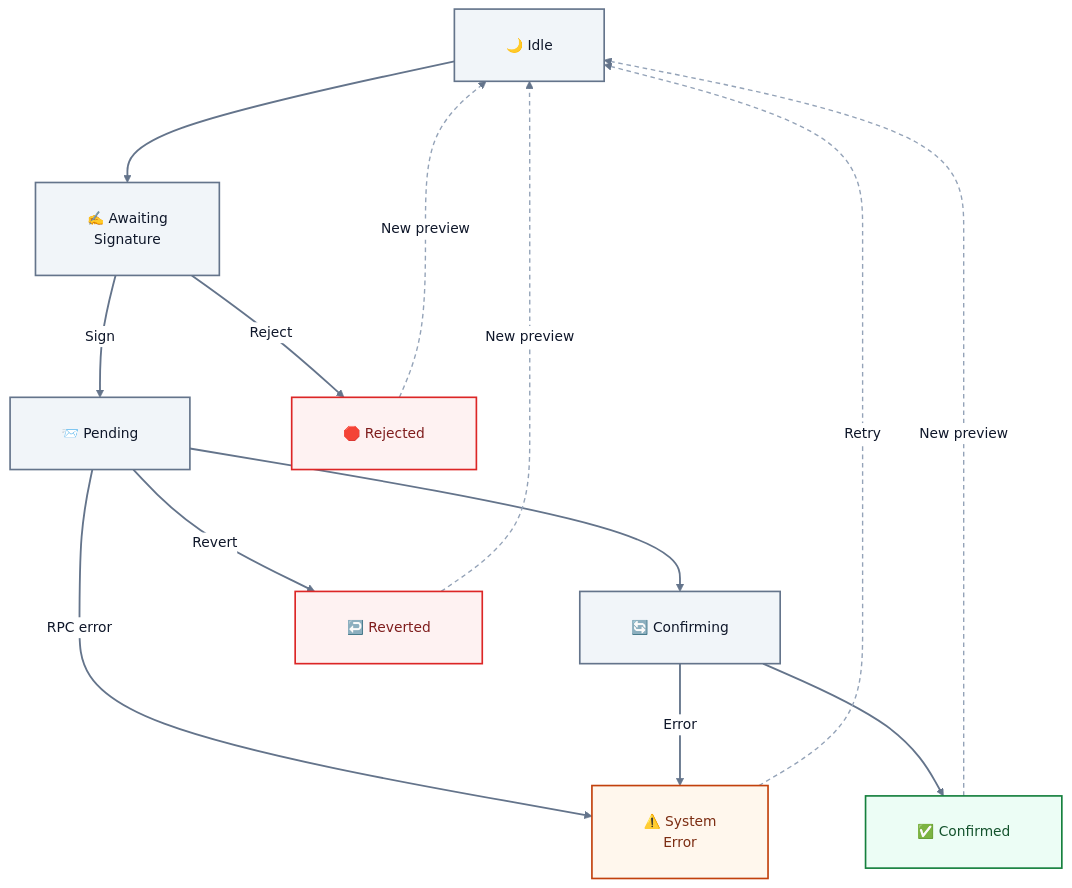
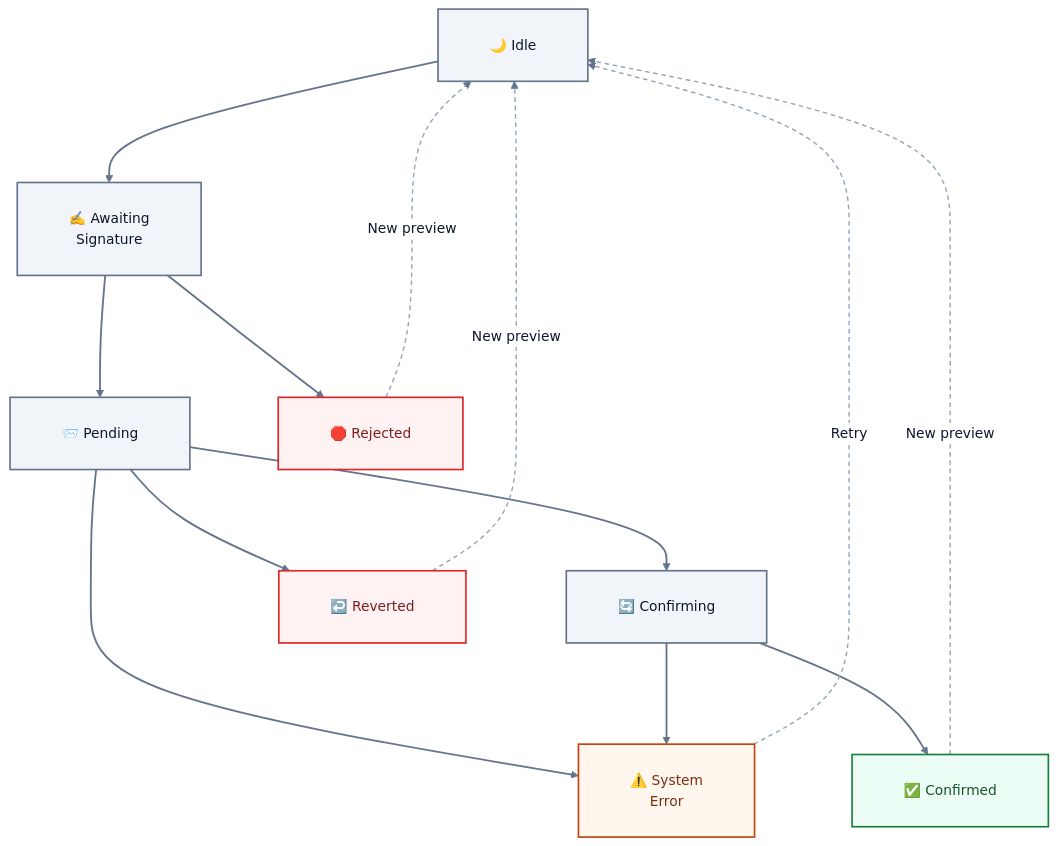
The third of 8 diagrams in README.md (sunshineluyao/Moss-Mcp-Transaction), drawn with Mermaid before and after one commit. The commit also changed other lines of this file and 1 other file, not shown here.

Commit message:
docs: enforce Mermaid anti-clipping rules and finalize label fixes

````diff
--- a/README.md
+++ b/README.md
@@ -337,30 +337,30 @@
 ```mermaid
 %%{init: {'theme':'base','flowchart': {'htmlLabels': true, 'nodeSpacing': 96, 'rankSpacing': 110, 'curve': 'basis', 'padding': 28, 'diagramPadding': 24, 'wrappingWidth': 260},'themeVariables': {'fontFamily':'Inter, Segoe UI, sans-serif','fontSize':'15px','primaryTextColor':'#0f172a','lineColor':'#64748b','clusterBkg':'#f8fafc','clusterBorder':'#cbd5e1','edgeLabelBackground':'#ffffff','primaryBorderColor':'#2563eb','primaryColor':'#eff6ff'}}}%%
 flowchart TB
   Idle["🌙 Idle"] --> Awaiting["✍️ Awaiting<br/>Signature"]
-  Awaiting -->|Sign| Pending["📨 Pending"]
-  Awaiting -->|Reject| Rejected["🛑 Rejected"]
+  Awaiting --> Pending["📨 Pending"]
+  Awaiting --> Rejected["🛑 Rejected"]
 
   Pending --> Confirming["🔄 Confirming"]
   Confirming --> Confirmed["✅ Confirmed"]
-  Pending -->|Revert| Reverted["↩️ Reverted"]
-  Pending -->|RPC error| SystemError["⚠️ System<br/>Error"]
-  Confirming -->|Error| SystemError
+  Pending --> Reverted["↩️ Reverted"]
+  Pending --> SystemError["⚠️ System<br/>Error"]
+  Confirming --> SystemError
 
   Rejected -.->|New preview| Idle
   Reverted -.->|New preview| Idle
   SystemError -.->|Retry| Idle
   Confirmed -.->|New preview| Idle
 
   classDef neutral fill:#f1f5f9,stroke:#64748b,stroke-width:1.8px,color:#0f172a;
   classDef success fill:#ecfdf5,stroke:#15803d,stroke-width:1.8px,color:#14532d;
   classDef danger fill:#fef2f2,stroke:#dc2626,stroke-width:1.8px,color:#7f1d1d;
   classDef warn fill:#fff7ed,stroke:#c2410c,stroke-width:1.8px,color:#7c2d12;
 
   class Idle,Awaiting,Pending,Confirming neutral;
   class Confirmed success;
   class Rejected,Reverted danger;
   class SystemError warn;
   linkStyle 8,9,10,11 stroke:#94a3b8,stroke-width:1.5px,stroke-dasharray:5 4;
   linkStyle default stroke:#64748b,stroke-width:2px;
 ```
````
